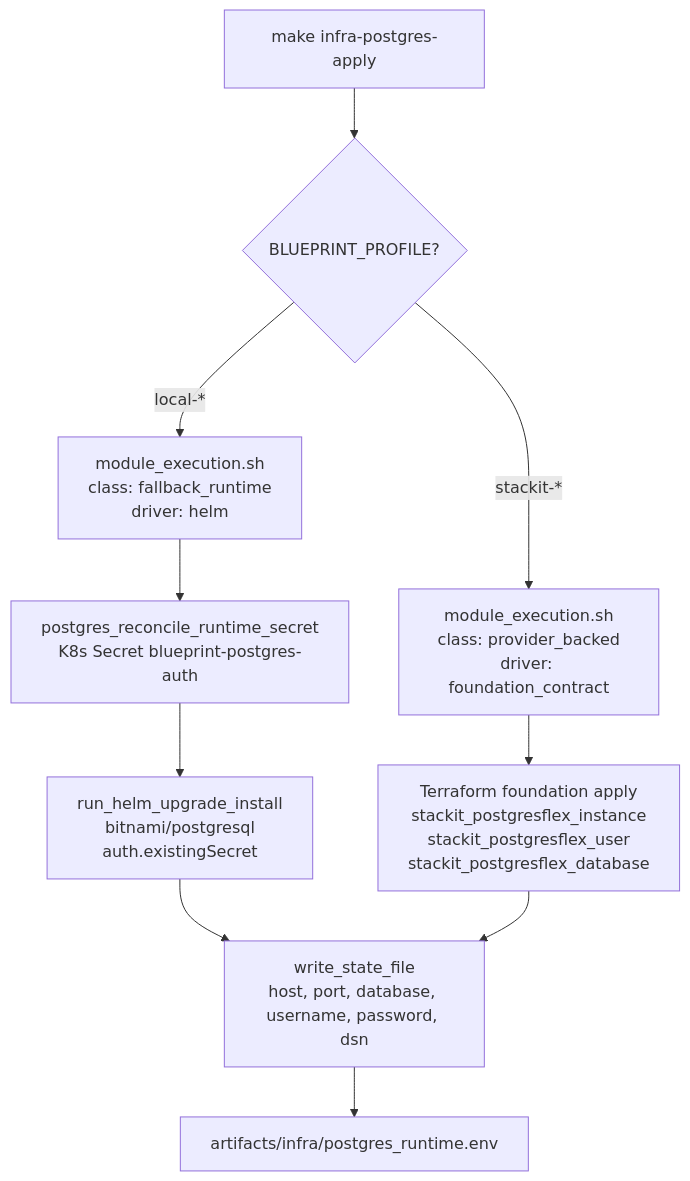
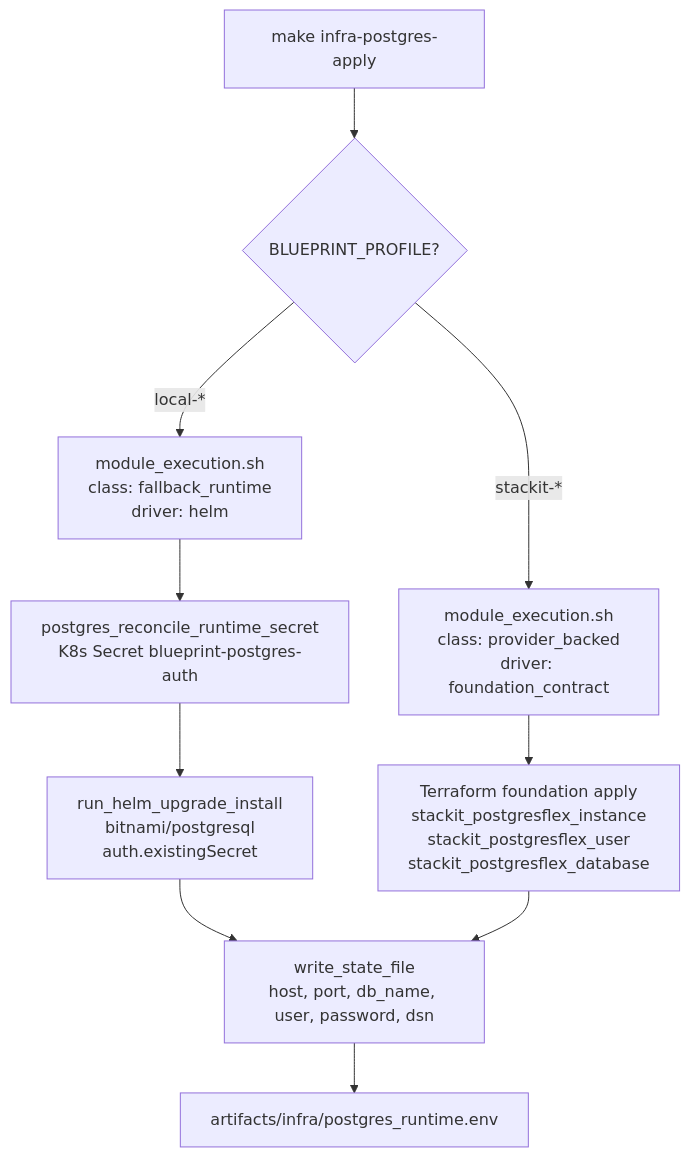
Before and after one commit to sbonoc/stackit-platform-blueprint: the diagram in specs/2026-05-07-issue-248-postgres-module/architecture.md, drawn with Mermaid. The commit also changed 7 other files, not shown here.

````diff
--- a/specs/2026-05-07-issue-248-postgres-module/architecture.md
+++ b/specs/2026-05-07-issue-248-postgres-module/architecture.md
@@ -25,12 +25,12 @@
 ```mermaid
 flowchart TD
     A[make infra-postgres-apply] --> B{BLUEPRINT_PROFILE?}
     B -->|local-*| C[module_execution.sh\nclass: fallback_runtime\ndriver: helm]
     B -->|stackit-*| D[module_execution.sh\nclass: provider_backed\ndriver: foundation_contract]
     C --> E[postgres_reconcile_runtime_secret\nK8s Secret blueprint-postgres-auth]
     E --> F[run_helm_upgrade_install\nbitnami/postgresql\nauth.existingSecret]
-    F --> G[write_state_file\nhost, port, database, username, password, dsn]
+    F --> G[write_state_file\nhost, port, db_name, user, password, dsn]
     D --> H[Terraform foundation apply\nstackit_postgresflex_instance\nstackit_postgresflex_user\nstackit_postgresflex_database]
     H --> G
     G --> I[artifacts/infra/postgres_runtime.env]
 ```
````
